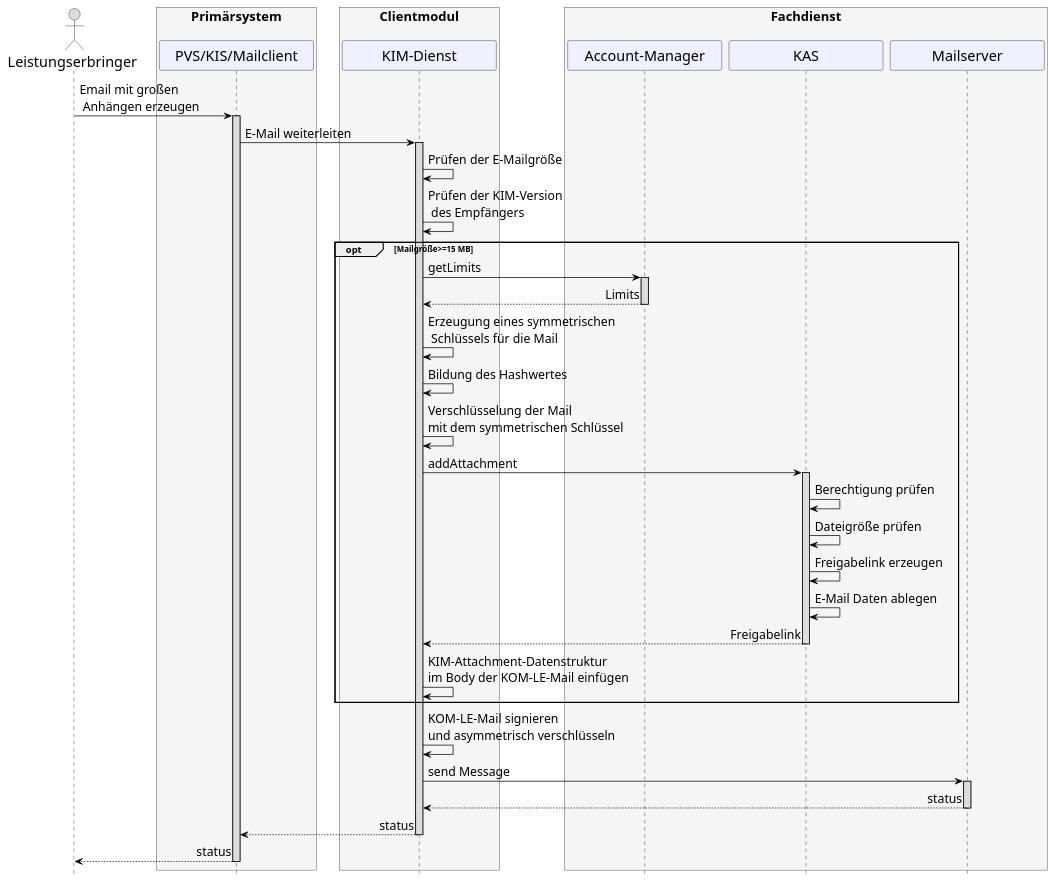
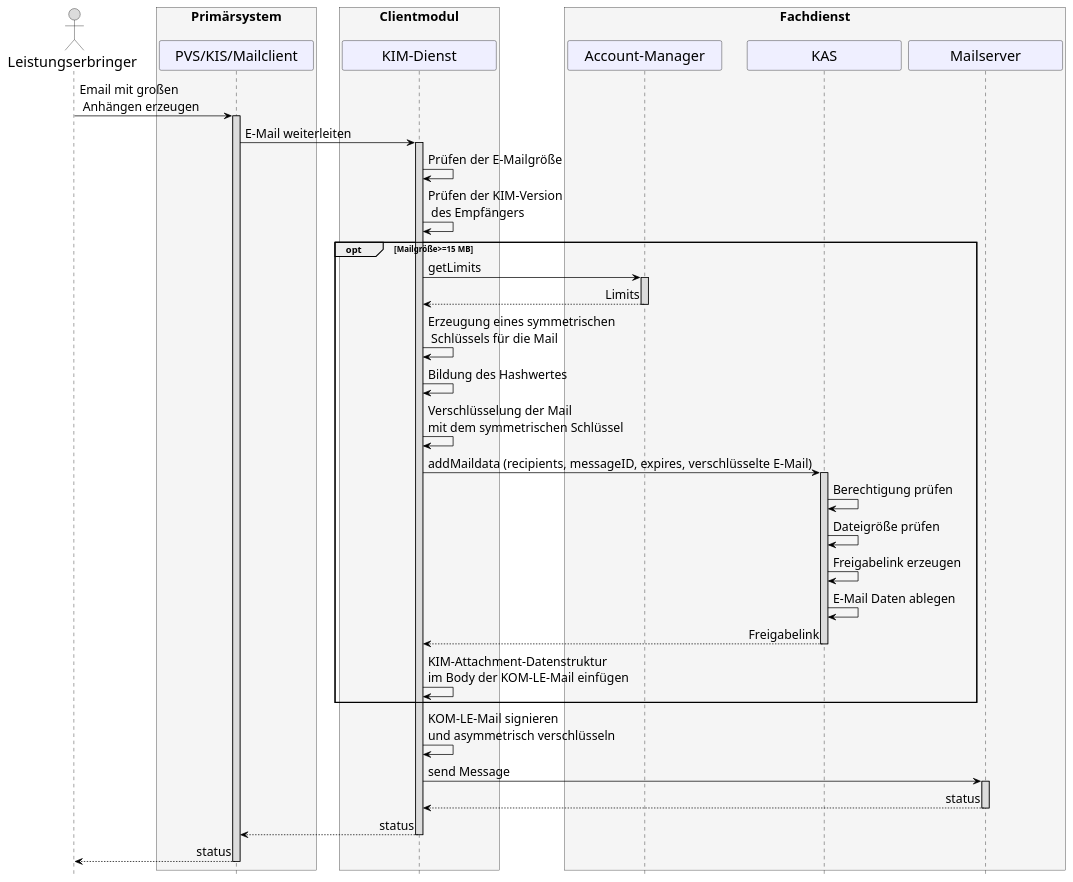
One commit to gematik/api-kim changed the diagram in src/plantuml/Fachdienst/Seq_kas_email_senden.puml. Above: the diagram before and after it, drawn with PlantUML.

```diff
--- a/src/plantuml/Fachdienst/Seq_kas_email_senden.puml
+++ b/src/plantuml/Fachdienst/Seq_kas_email_senden.puml
@@ -8,72 +8,72 @@
 @startuml
 skinparam sequenceMessageAlign direction
 skinparam minClassWidth 200
 skinparam BoxPadding 15
 skinparam sequenceReferenceHeaderBackgroundColor palegreen
 scale max 2048 width
 hide footbox
 
 skinparam sequence {
 ArrowColor black
 ArrowFontSize 17
 ActorBorderColor black
 LifeLineBorderColor black
 LifeLineBackgroundColor Gainsboro
 
 ParticipantBorderColor Motivation
 ParticipantBackgroundColor Motivation
 ParticipantFontSize 20
 ParticipantFontColor black
 ParticipantBorderColor Black
 ParticipantBackgroundColor MOTIVATION
 
 ActorBackgroundColor Gainsboro
 ActorFontColor black
 ActorFontSize 20
 ActorFontName Aapex
 }
       actor L as "Leistungserbringer"
       box <size:18>Primärsystem\n #WhiteSmoke
             participant P as "PVS/KIS/Mailclient"
       end box
       box <size:18>Clientmodul\n #WhiteSmoke
       participant KM as "KIM-Dienst"
       end box
       box <size:18>Fachdienst\n #WhiteSmoke
       participant AM as "Account-Manager"
       participant K as "KAS"
       participant MS as "Mailserver"
       end box
 
 L->P: Email mit großen\n Anhängen erzeugen
  activate P
  P->KM: E-Mail weiterleiten
  activate KM
  KM->KM: Prüfen der E-Mailgröße
  KM->KM: Prüfen der KIM-Version\n des Empfängers
  opt Mailgröße>=15 MB
  KM->AM: getLimits
  activate AM
  AM-->KM: Limits
  deactivate AM
  KM->KM: Erzeugung eines symmetrischen\n Schlüssels für die Mail
  KM->KM: Bildung des Hashwertes
  KM->KM: Verschlüsselung der Mail \nmit dem symmetrischen Schlüssel
- KM->K: addAttachment
+ KM->K: addMaildata (recipients, messageID, expires, verschlüsselte E-Mail)
  activate K
  K->K: Berechtigung prüfen
  K->K: Dateigröße prüfen
  K->K: Freigabelink erzeugen
  K->K: E-Mail Daten ablegen
  K-->KM: Freigabelink
  deactivate K
  KM->KM: KIM-Attachment-Datenstruktur \nim Body der KOM-LE-Mail einfügen
  end
  KM->KM: KOM-LE-Mail signieren \nund asymmetrisch verschlüsseln
  KM->MS++: send Message
  MS-->KM--: status
  KM-->P:status
  deactivate KM
  P-->L:status
  deactivate P
 @enduml
```
